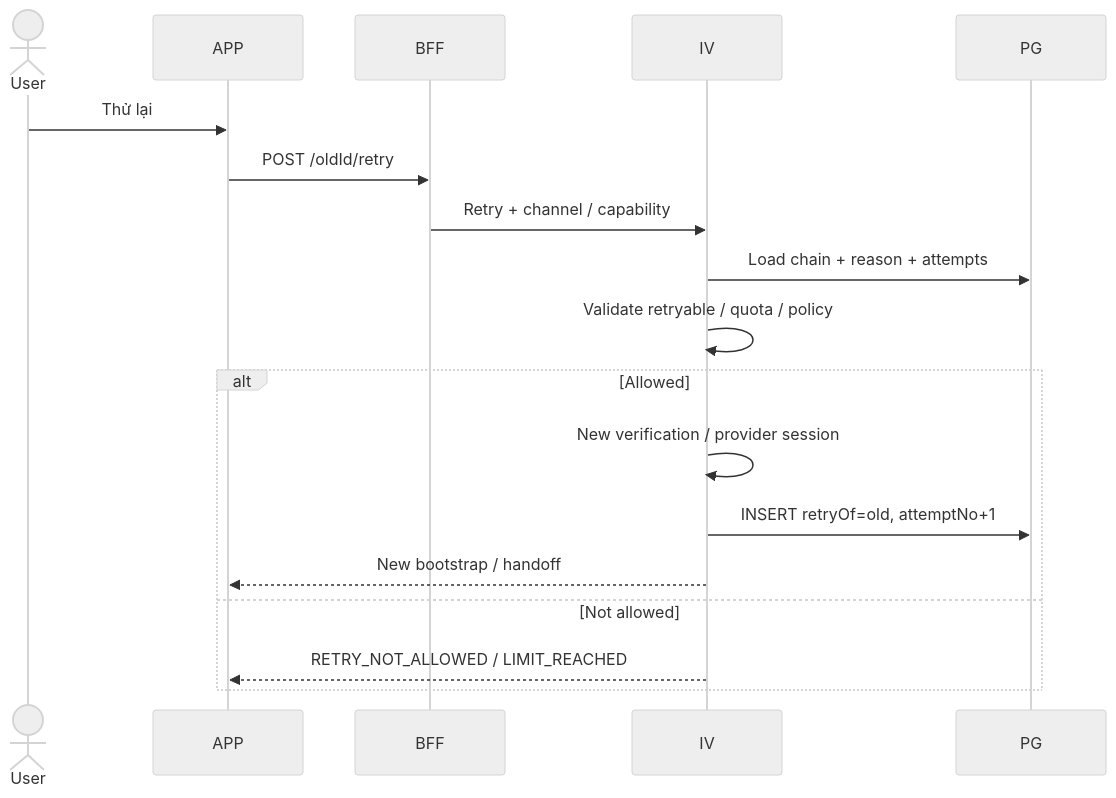
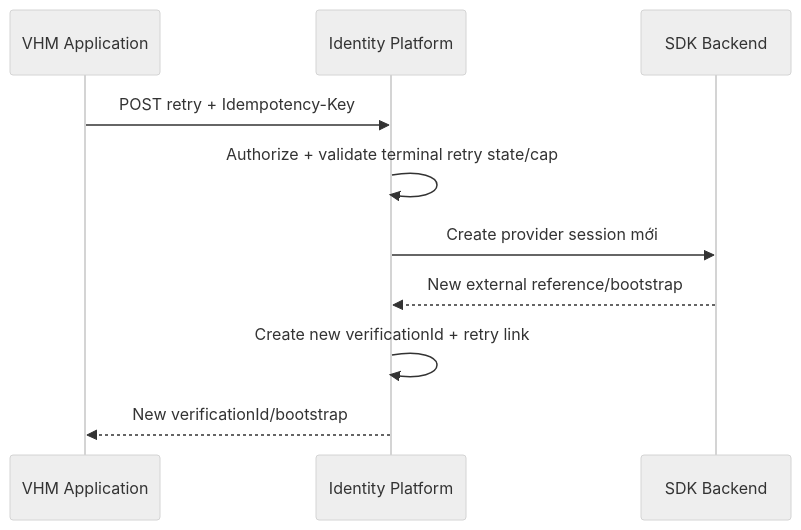
Diagram 21 of 24 in tdd2.md (huynv-xyz/vhm), drawn with Mermaid (neutral theme) before and after one commit. The commit also changed other lines of this file, not shown here.

````diff
--- a/tdd2.md
+++ b/tdd2.md
@@ -1714,20 +1681,12 @@
 ```mermaid
 sequenceDiagram
-    actor User
-    participant APP
-    participant BFF
-    participant IV
-    participant PG
-    User->>APP: Thử lại
-    APP->>BFF: POST /oldId/retry
-    BFF->>IV: Retry + channel / capability
-    IV->>PG: Load chain + reason + attempts
-    IV->>IV: Validate retryable / quota / policy
-    alt Allowed
-        IV->>IV: New verification / provider session
-        IV->>PG: INSERT retryOf=old, attemptNo+1
-        IV-->>APP: New bootstrap / handoff
-    else Not allowed
-        IV-->>APP: RETRY_NOT_ALLOWED / LIMIT_REACHED
-    end
+    participant APP as VHM Application
+    participant IV as Identity Platform
+    participant BACKEND as SDK Backend
+    APP->>IV: POST retry + Idempotency-Key
+    IV->>IV: Authorize + validate terminal retry state/cap
+    IV->>BACKEND: Create provider session mới
+    BACKEND-->>IV: New external reference/bootstrap
+    IV->>IV: Create new verificationId + retry link
+    IV-->>APP: New verificationId/bootstrap
 ```
````
